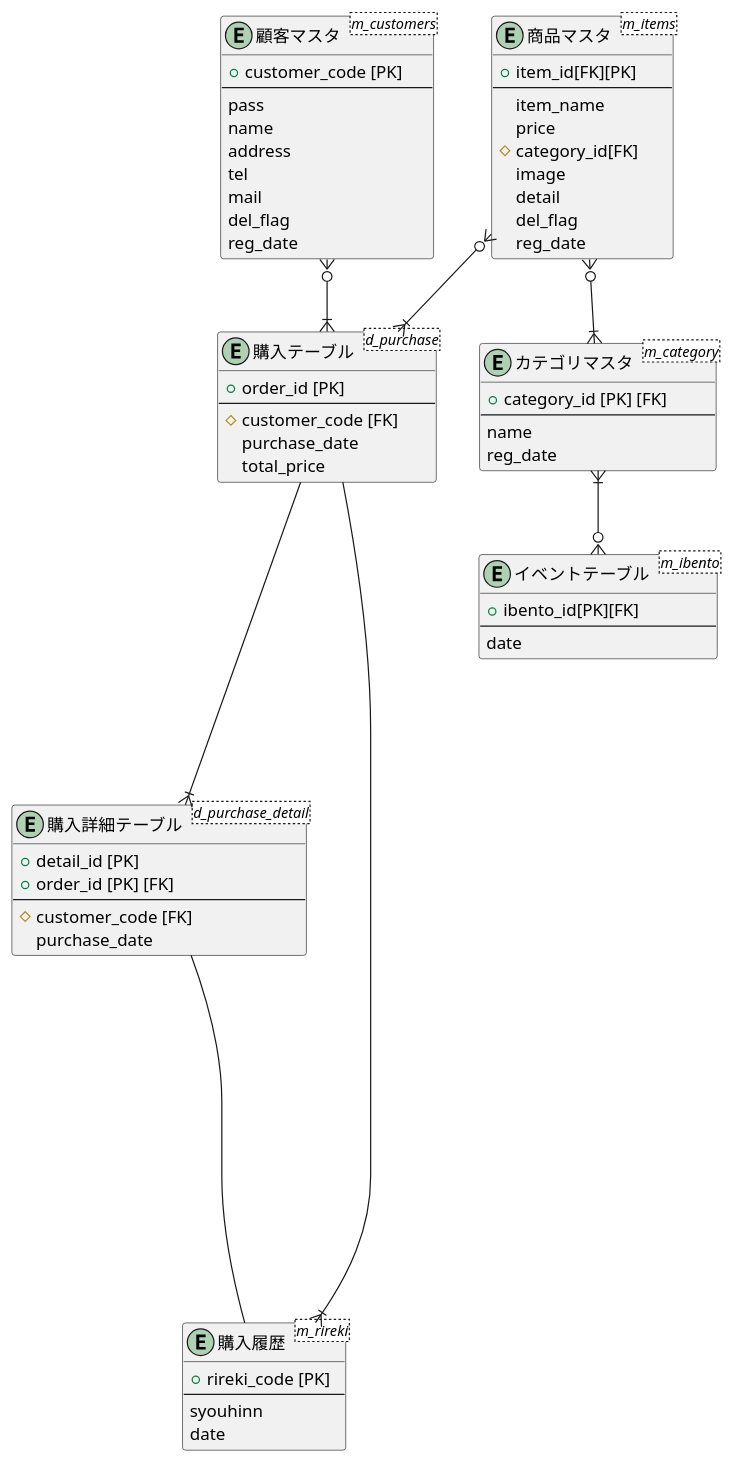
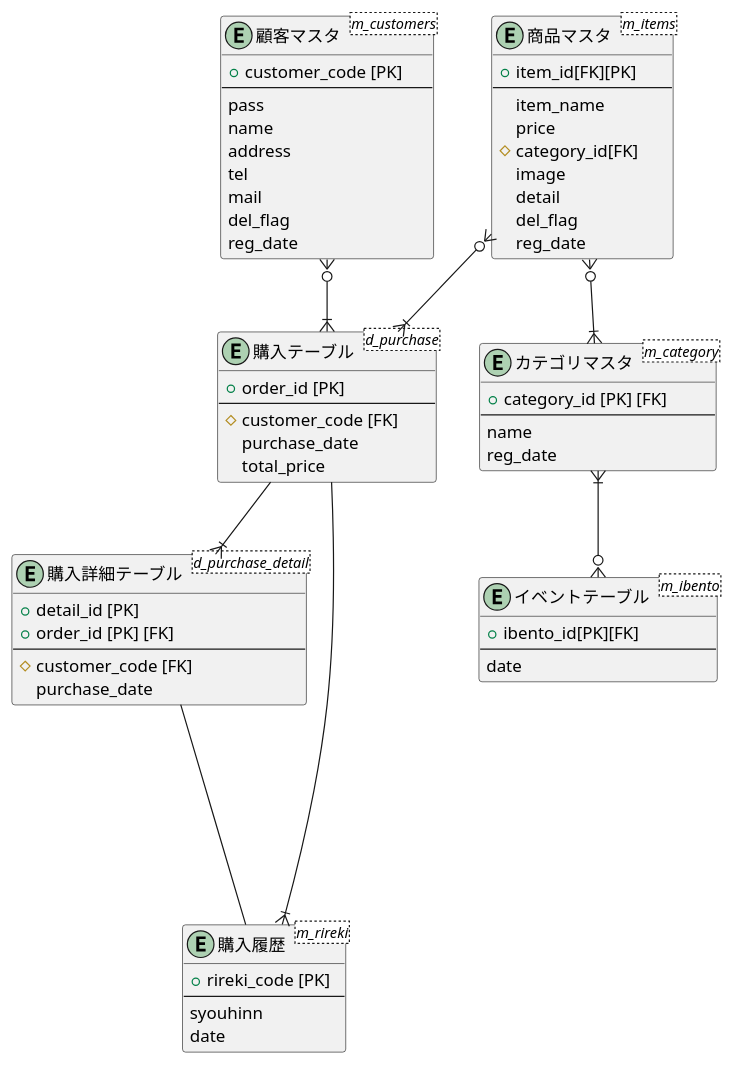
Before and after one commit to aso2001036/2021sys-design: the diagram in db/original/ER.md, drawn with PlantUML.

````diff
--- a/db/original/ER.md
+++ b/db/original/ER.md
@@ -1,71 +1,71 @@
 ```puml
 @startuml
 entity "購入テーブル" as purchase <d_purchase> {
 + order_id [PK]
 --
 # customer_code [FK]
 purchase_date
 total_price
 }
 
 entity "購入詳細テーブル" as purcher_detail <d_purchase_detail> {
 + detail_id [PK]
 + order_id [PK] [FK]
 --
 # customer_code [FK]
 purchase_date
 }
 
 entity "顧客マスタ" as customer <m_customers> {
 + customer_code [PK]
 --
 pass
 name
 address
 tel
 mail
 del_flag
 reg_date
 }
 
 entity "購入履歴" as rireki <m_rireki> {
 + rireki_code [PK]
 --
 syouhinn
 date
 }
 
 entity "カテゴリマスタ" as category <m_category> {
 + category_id [PK] [FK]
 --
 name
 reg_date
 }
 
 entity "商品マスタ" as items <m_items> {
 + item_id[FK][PK]
 --
 item_name
 price
 # category_id[FK]
 image
 detail
 del_flag
 reg_date
 }
 
 entity "イベントテーブル" as ibento <m_ibento> {
 + ibento_id[PK][FK]
 --
 date
 }
 
-purchase ----|{ purcher_detail
-purchase ----|{ rireki
-purcher_detail ------ rireki
+purchase --|{ purcher_detail
+purchase --|{ rireki
+purcher_detail ---- rireki
 customer }o--|{ purchase
 items }o--|{ purchase
 items }o--|{ category
 category }|-d-o{ ibento
 @enduml
 ```
````
